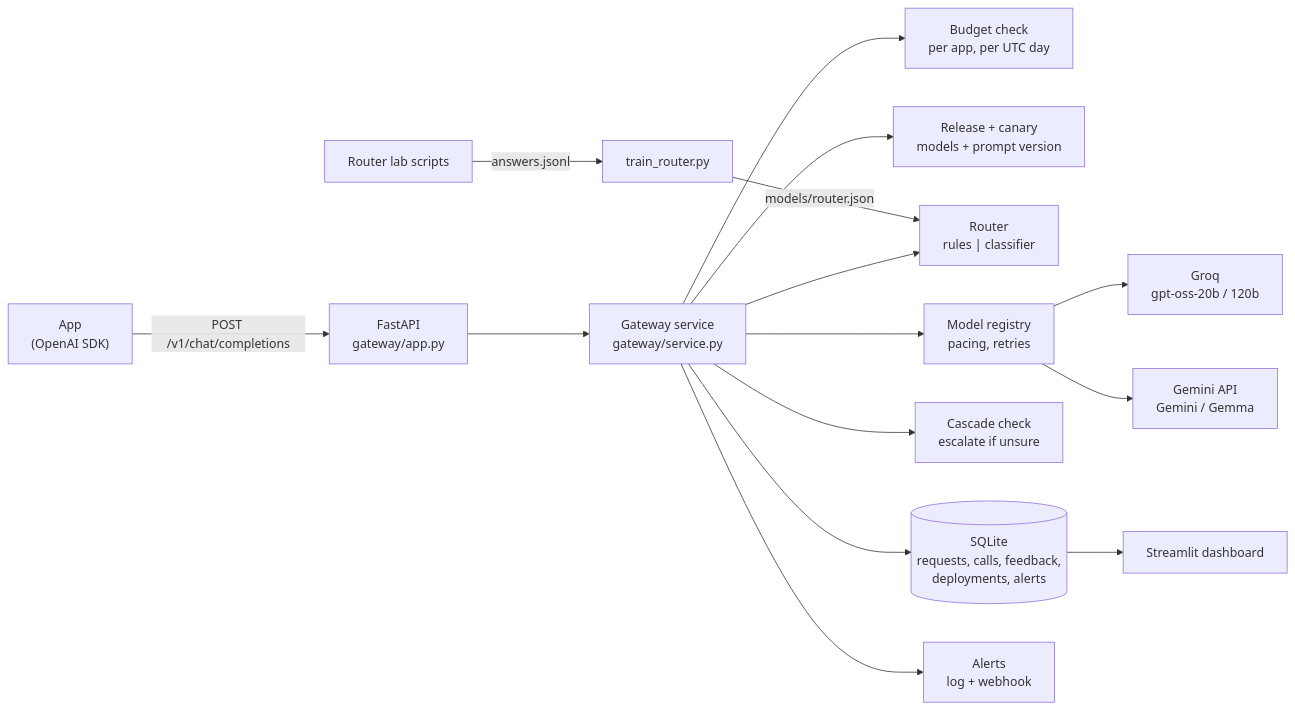
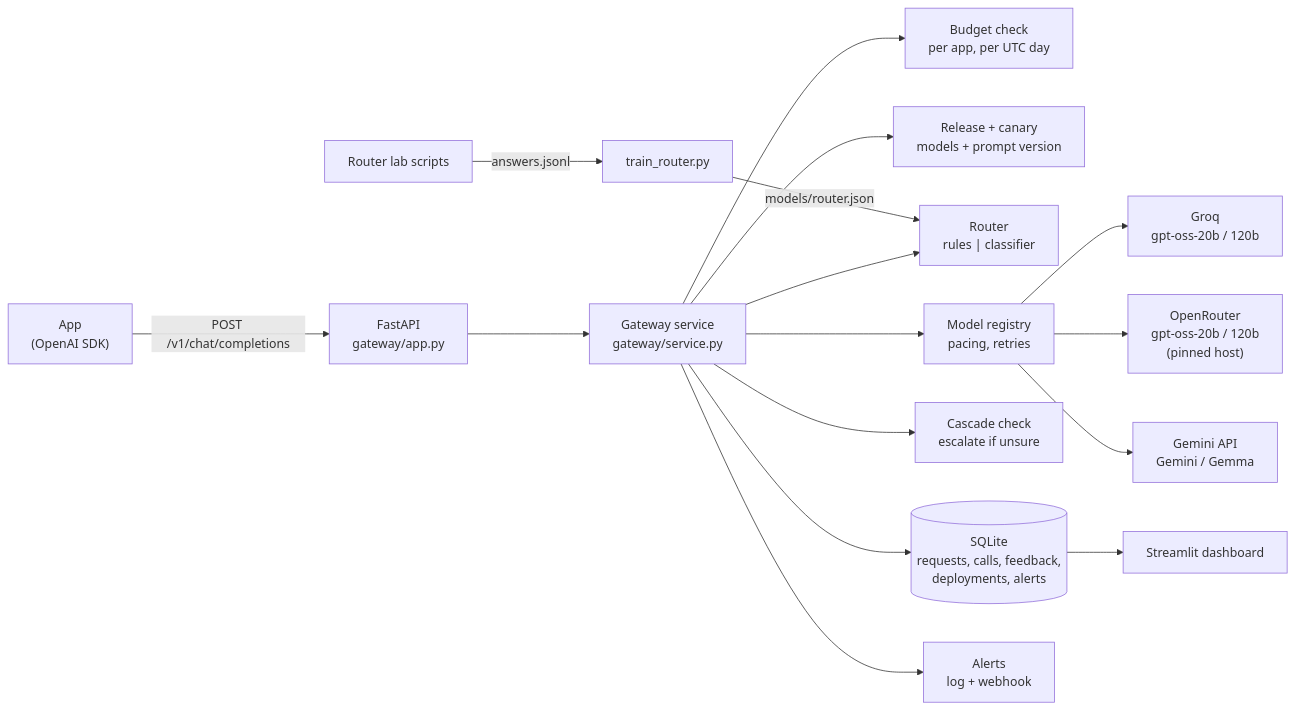
Before and after one commit to thakursamir0000-star/LLM_Gateway: the diagram in README.md, drawn with Mermaid. The commit also changed other lines of this file and 2 other files, not shown here.

First line of the commit message:
Add the 10-question OpenRouter pilot answers and document provider comparison

````diff
--- a/README.md
+++ b/README.md
@@ -42,16 +44,17 @@
 ```mermaid
 flowchart LR
     App["App<br/>(OpenAI SDK)"] -->|"POST /v1/chat/completions"| API["FastAPI<br/>gateway/app.py"]
     API --> Svc["Gateway service<br/>gateway/service.py"]
     Svc --> Budget["Budget check<br/>per app, per UTC day"]
     Svc --> Rel["Release + canary<br/>models + prompt version"]
     Svc --> Router["Router<br/>rules | classifier"]
     Svc --> Reg["Model registry<br/>pacing, retries"]
     Reg --> Groq["Groq<br/>gpt-oss-20b / 120b"]
+    Reg --> OpenRouter["OpenRouter<br/>gpt-oss-20b / 120b<br/>(pinned host)"]
     Reg --> Gemini["Gemini API<br/>Gemini / Gemma"]
     Svc --> Check["Cascade check<br/>escalate if unsure"]
     Svc --> DB[("SQLite<br/>requests, calls, feedback,<br/>deployments, alerts")]
     Svc --> Alerts["Alerts<br/>log + webhook"]
     DB --> Dash["Streamlit dashboard"]
     Lab["Router lab scripts"] -->|"answers.jsonl"| Train["train_router.py"] -->|"models/router.json"| Router
 ```
````
